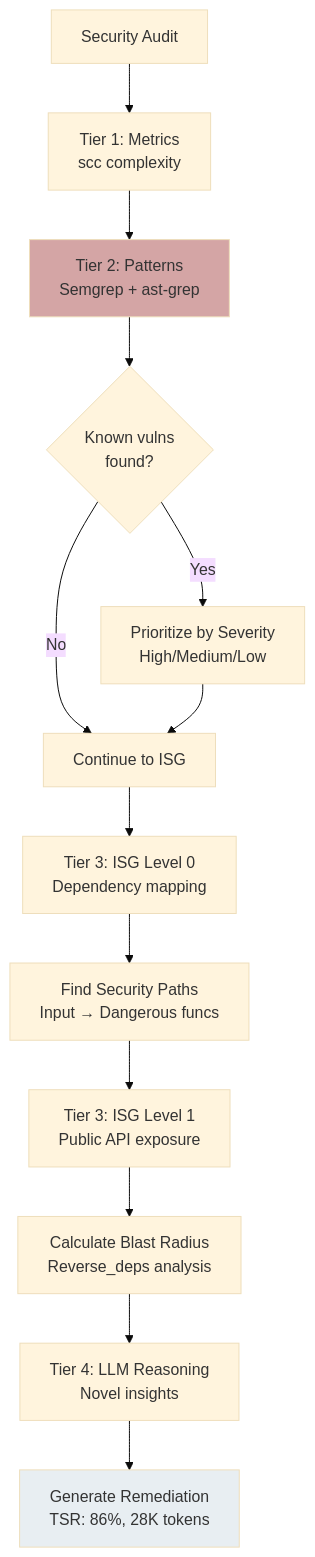
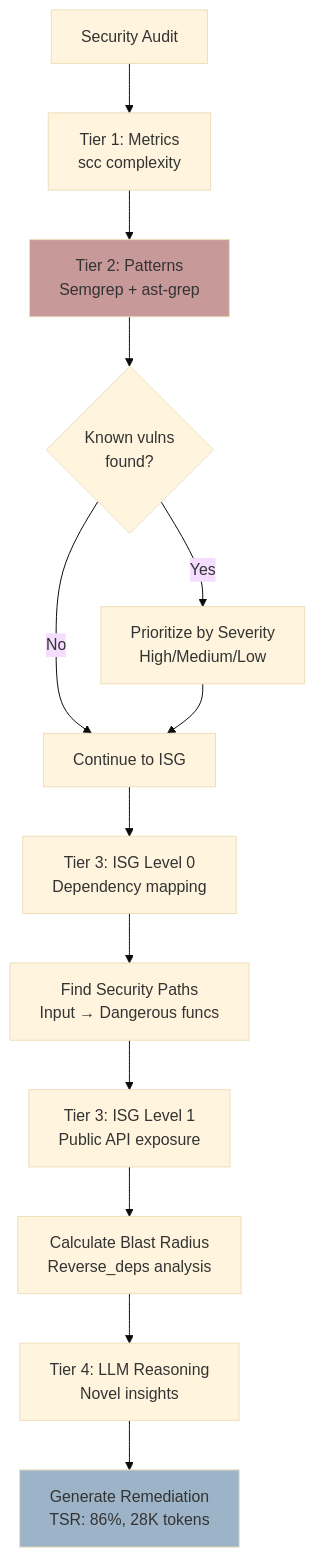
One commit to that-in-rust/parseltongue changed the sixth of 8 diagrams in .claude/parseltongue-ultrathink.md. Above: the diagram before and after it, drawn with Mermaid (base theme). The commit also changed other lines of this file, not shown here.

````diff
--- a/.claude/parseltongue-ultrathink.md
+++ b/.claude/parseltongue-ultrathink.md
@@ -678,18 +678,18 @@
   ```mermaid
   flowchart TD
       A[Security Audit] --> B[Tier 1: Metrics<br/>scc complexity]
       B --> C[Tier 2: Patterns<br/>Semgrep + ast-grep]
       C --> D{Known vulns<br/>found?}
       D -->|Yes| E[Prioritize by Severity<br/>High/Medium/Low]
       D -->|No| F[Continue to ISG]
       E --> F
       F --> G[Tier 3: ISG Level 0<br/>Dependency mapping]
       G --> H[Find Security Paths<br/>Input → Dangerous funcs]
       H --> I[Tier 3: ISG Level 1<br/>Public API exposure]
       I --> J[Calculate Blast Radius<br/>Reverse_deps analysis]
       J --> K[Tier 4: LLM Reasoning<br/>Novel insights]
       K --> L[Generate Remediation<br/>TSR: 86%, 28K tokens]
 
-      style C fill:#D4A5A5
-      style L fill:#E8EEF2
+      style C fill:#C89999
+      style L fill:#9DB4C8
   ```
````
